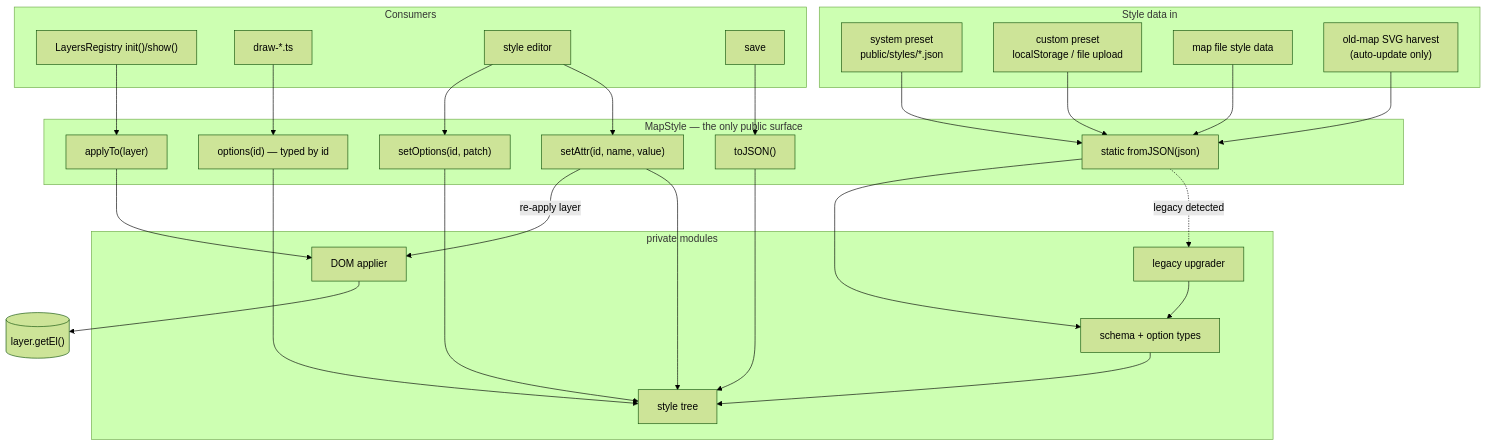
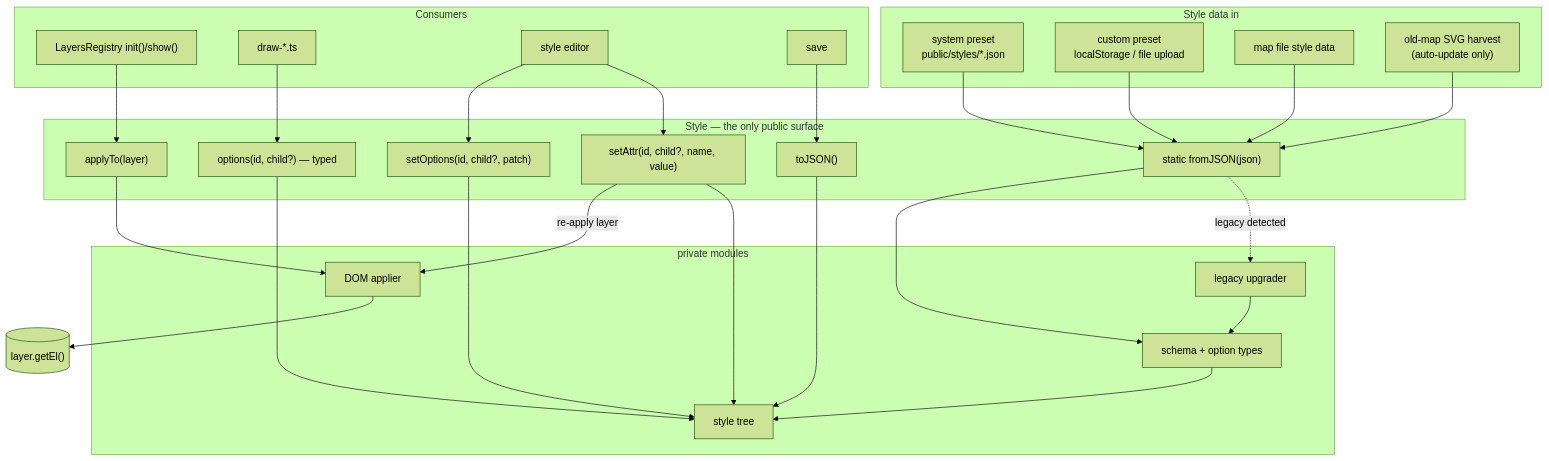
Before and after one commit to Azgaar/Fantasy-Map-Generator: the diagram in docs/prd/style.md, drawn with Mermaid (forest theme). The commit also changed other lines of this file, not shown here.

Commit message:
docs: PRD revisions from review: Style name, separate child param, usage flows, migration out of scope

````diff
--- a/docs/prd/style.md
+++ b/docs/prd/style.md
@@ -15,41 +15,41 @@
 ```mermaid
 flowchart TB
   subgraph sources ["Style data in"]
     preset["system preset<br/>public/styles/*.json"]
     custom["custom preset<br/>localStorage / file upload"]
     map48["map file style data"]
     harvest["old-map SVG harvest<br/>(auto-update only)"]
   end
 
-  subgraph facade ["MapStyle — the only public surface"]
+  subgraph facade ["Style — the only public surface"]
     fromJSON["static fromJSON(json)"]
     toJSON["toJSON()"]
     applyTo["applyTo(layer)"]
-    optionsFn["options(id) — typed by id"]
-    setAttr["setAttr(id, name, value)"]
-    setOptionsFn["setOptions(id, patch)"]
+    optionsFn["options(id, child?) — typed"]
+    setAttr["setAttr(id, child?, name, value)"]
+    setOptionsFn["setOptions(id, child?, patch)"]
   end
 
   subgraph internals ["private modules"]
     legacy["legacy upgrader"]
     schema["schema + option types"]
     tree["style tree"]
     applier["DOM applier"]
   end
 
   subgraph consumers ["Consumers"]
     registry["LayersRegistry init()/show()"]
     renderers["draw-*.ts"]
     editor["style editor"]
     save["save"]
   end
 
   preset & custom & map48 & harvest --> fromJSON
   fromJSON -. "legacy detected" .-> legacy --> schema
   fromJSON --> schema --> tree
   registry --> applyTo --> applier --> svg[("layer.getEl()")]
   renderers --> optionsFn --> tree
   editor --> setAttr & setOptionsFn --> tree
   setAttr -- "re-apply layer" --> applier
   save --> toJSON --> tree
 ```
````
